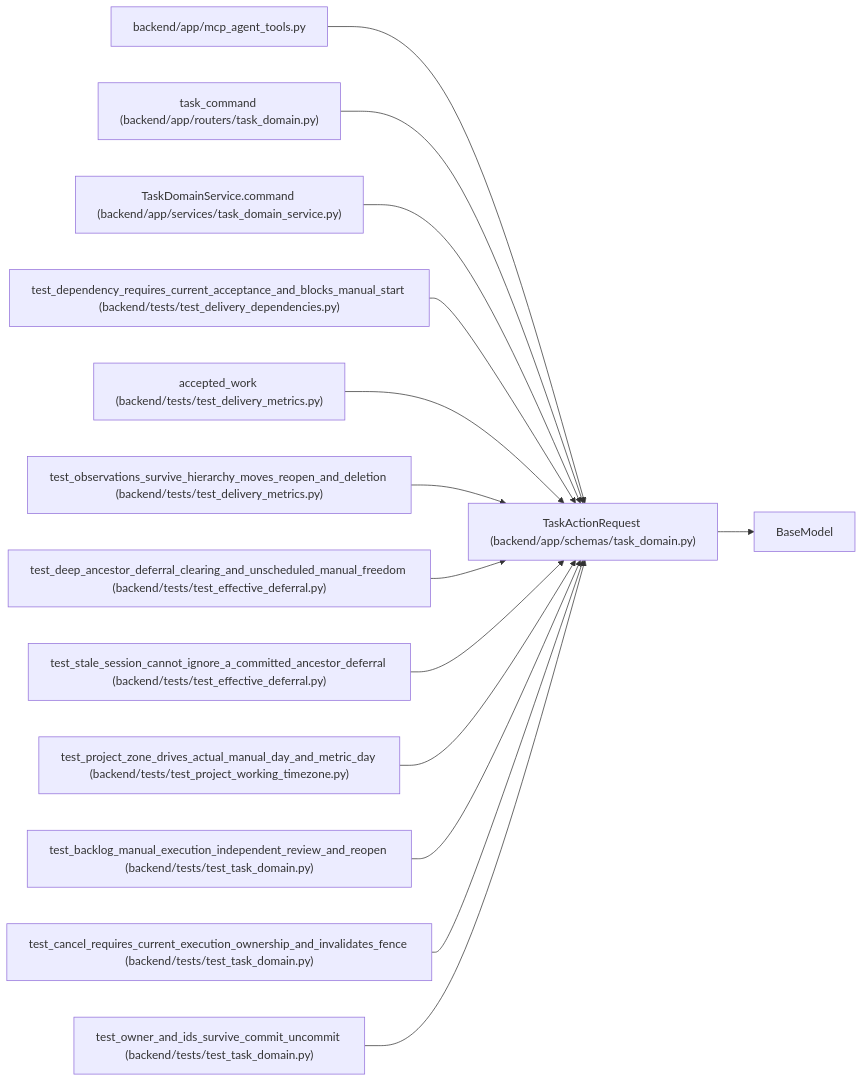
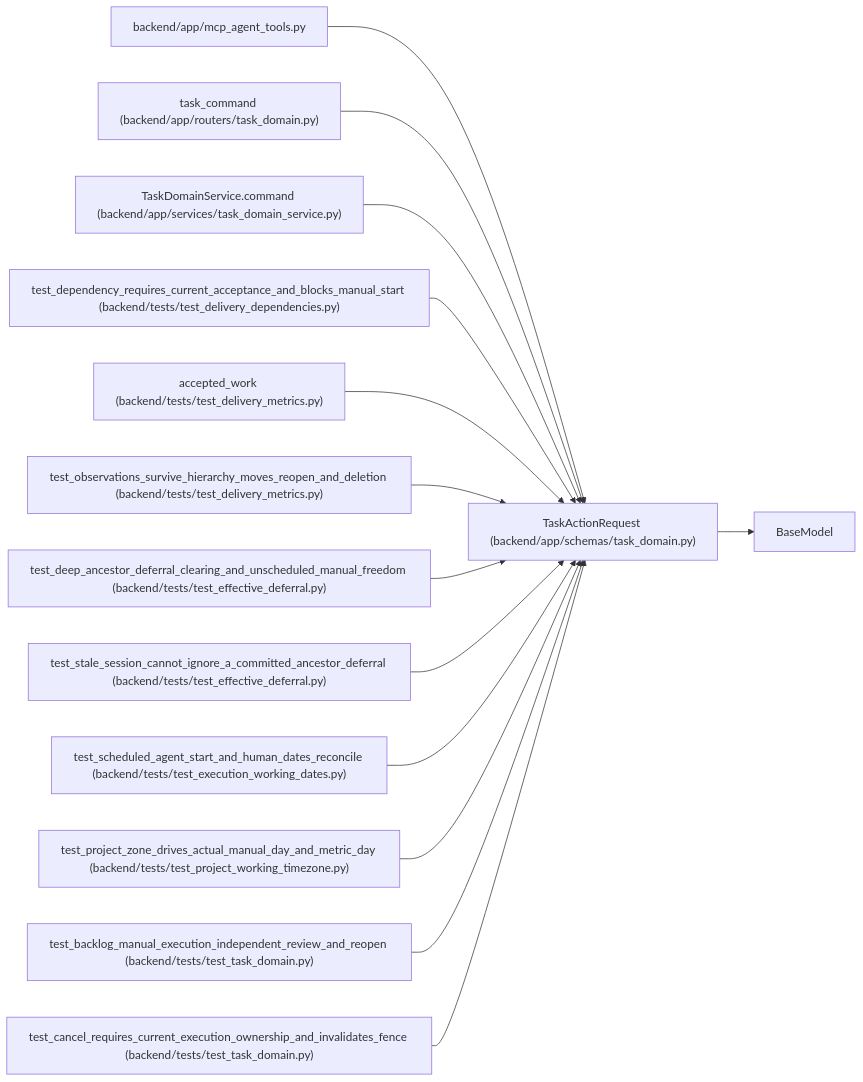
The diagram in docs/llm_wiki/entities/TaskActionRequest.md (Denissvgn/WorkChord), drawn with Mermaid before and after one commit. The commit also changed other lines of this file and 280 other files, not shown here.

Commit message:
docs(wiki): explain project-date execution eligibility

````diff
--- a/docs/llm_wiki/entities/TaskActionRequest.md
+++ b/docs/llm_wiki/entities/TaskActionRequest.md
@@ -46,43 +46,43 @@
 ```mermaid
 flowchart LR
     n0["TaskActionRequest (backend/app/schemas/task_domain.py)"]
     n1["BaseModel"]
     n2["backend/app/mcp_agent_tools.py"]
     n3["task_command (backend/app/routers/task_domain.py)"]
     n4["TaskDomainService.command (backend/app/services/task_domain_service.py)"]
     n5["test_dependency_requires_current_acceptance_and_blocks_manual_start (backend/tests/test_delivery_dependencies.py)"]
     n6["accepted_work (backend/tests/test_delivery_metrics.py)"]
     n7["test_observations_survive_hierarchy_moves_reopen_and_deletion (backend/tests/test_delivery_metrics.py)"]
     n8["test_deep_ancestor_deferral_clearing_and_unscheduled_manual_freedom (backend/tests/test_effective_deferral.py)"]
     n9["test_stale_session_cannot_ignore_a_committed_ancestor_deferral (backend/tests/test_effective_deferral.py)"]
-    n10["test_project_zone_drives_actual_manual_day_and_metric_day (backend/tests/test_project_working_timezone.py)"]
-    n11["test_backlog_manual_execution_independent_review_and_reopen (backend/tests/test_task_domain.py)"]
-    n12["test_cancel_requires_current_execution_ownership_and_invalidates_fence (backend/tests/test_task_domain.py)"]
-    n13["test_owner_and_ids_survive_commit_uncommit (backend/tests/test_task_domain.py)"]
+    n10["test_scheduled_agent_start_and_human_dates_reconcile (backend/tests/test_execution_working_dates.py)"]
+    n11["test_project_zone_drives_actual_manual_day_and_metric_day (backend/tests/test_project_working_timezone.py)"]
+    n12["test_backlog_manual_execution_independent_review_and_reopen (backend/tests/test_task_domain.py)"]
+    n13["test_cancel_requires_current_execution_ownership_and_invalidates_fence (backend/tests/test_task_domain.py)"]
     n0 --> n1
     n2 --> n0
     n3 --> n0
     n4 --> n0
     n5 --> n0
     n6 --> n0
     n7 --> n0
     n8 --> n0
     n9 --> n0
     n10 --> n0
     n11 --> n0
     n12 --> n0
     n13 --> n0
     click n0 "../modules/schemas_task_domain.md"
     click n2 "../modules/mcp_agent_tools.md"
     click n3 "../modules/routers_task_domain.md"
     click n4 "../modules/task_domain_service.md"
     click n5 "../modules/test_delivery_dependencies.md"
     click n6 "../modules/test_delivery_metrics.md"
     click n7 "../modules/test_delivery_metrics.md"
     click n8 "../modules/test_effective_deferral.md"
     click n9 "../modules/test_effective_deferral.md"
-    click n10 "../modules/test_project_working_timezone.md"
-    click n11 "../modules/test_task_domain.md"
+    click n10 "../modules/test_execution_working_dates.md"
+    click n11 "../modules/test_project_working_timezone.md"
     click n12 "../modules/test_task_domain.md"
     click n13 "../modules/test_task_domain.md"
 ```
````
